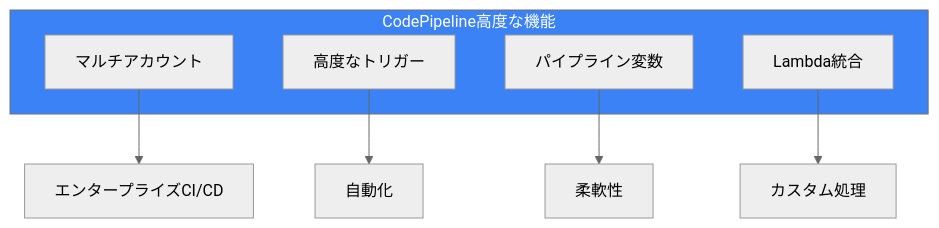
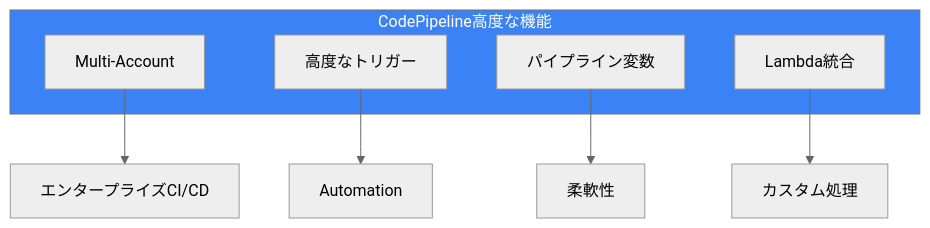
One commit to shunkus/shunku.net changed the eighth of 8 diagrams in content/blog/ja/aws-codepipeline-advanced.md. Above: the diagram before and after it, drawn with Mermaid (neutral theme). The commit also changed other lines of this file and 56 other files, not shown here.

````diff
--- a/content/blog/ja/aws-codepipeline-advanced.md
+++ b/content/blog/ja/aws-codepipeline-advanced.md
@@ -571,16 +571,16 @@
 ```mermaid
 flowchart TB
     subgraph CodePipeline["CodePipeline高度な機能"]
-        MultiAccount["マルチアカウント"]
+        MultiAccount["Multi-Account"]
         Triggers["高度なトリガー"]
         Variables["パイプライン変数"]
         Lambda["Lambda統合"]
     end
 
     MultiAccount --> Enterprise["エンタープライズCI/CD"]
-    Triggers --> Automation["自動化"]
+    Triggers --> Automation["Automation"]
     Variables --> Flexibility["柔軟性"]
     Lambda --> Custom["カスタム処理"]
 
     style CodePipeline fill:#3b82f6,color:#fff
 ```
````
